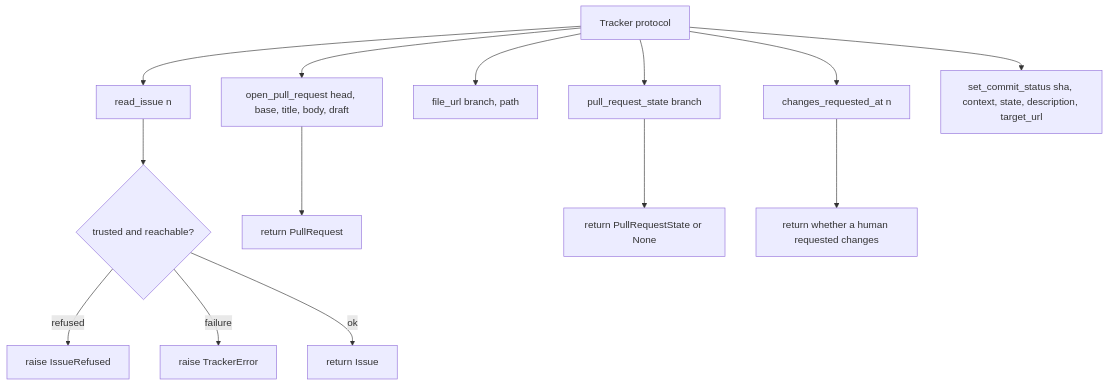
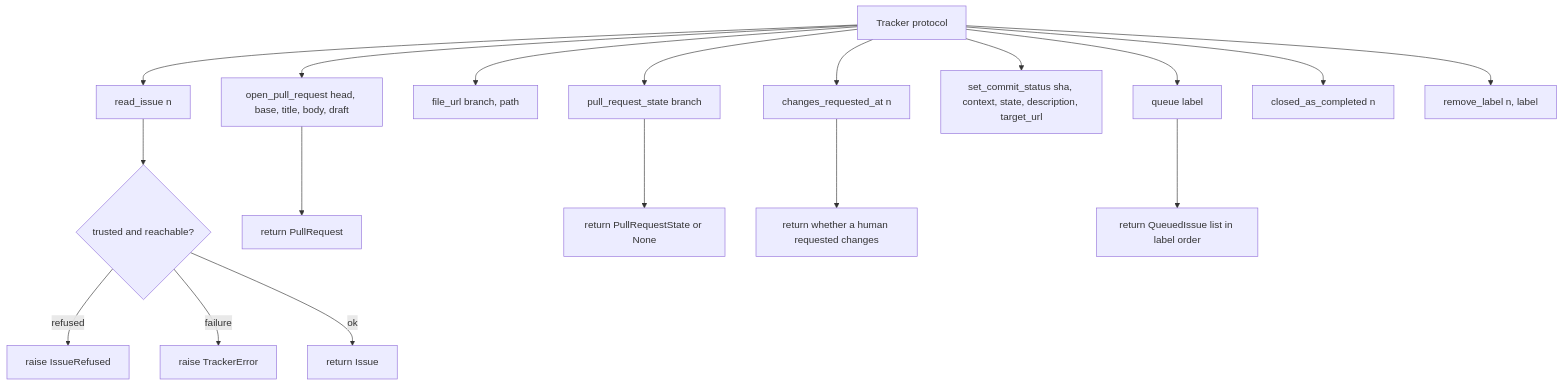
The first of 3 diagrams in docs/architecture/modules/tracker.md (plaplanche/ariane), drawn with Mermaid before and after one commit. The commit also changed other lines of this file and 42 other files, not shown here.

````diff
--- a/docs/architecture/modules/tracker.md
+++ b/docs/architecture/modules/tracker.md
@@ -27,16 +30,20 @@
 ```mermaid
 flowchart TD
   A[Tracker protocol] --> B[read_issue n]
   A --> C[open_pull_request head, base, title, body, draft]
   A --> D[file_url branch, path]
   A --> E[pull_request_state branch]
   A --> K[changes_requested_at n]
   A --> F[set_commit_status sha, context, state, description, target_url]
   B --> G{trusted and reachable?}
   G -- refused --> X[raise IssueRefused]
   G -- failure --> Y[raise TrackerError]
   G -- ok --> H[return Issue]
   C --> I[return PullRequest]
   E --> J[return PullRequestState or None]
   K --> L[return whether a human requested changes]
+  A --> Q[queue label]
+  Q --> R[return QueuedIssue list in label order]
+  A --> S[closed_as_completed n]
+  A --> T[remove_label n, label]
 ```
````
